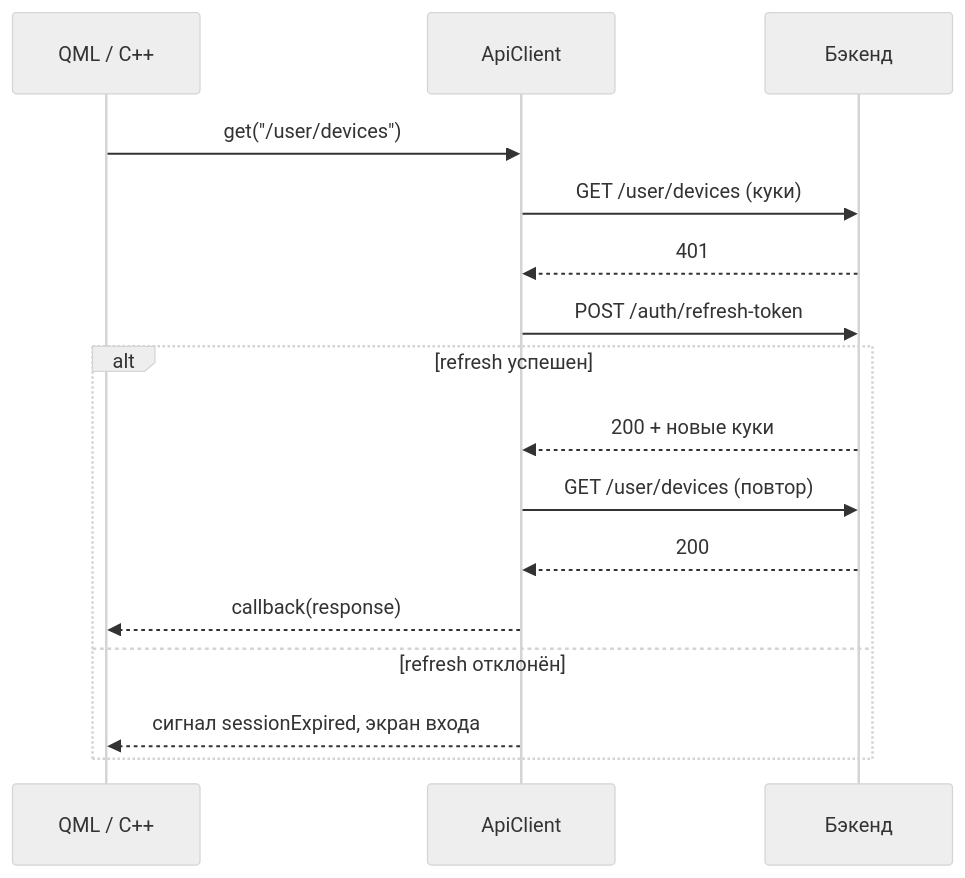
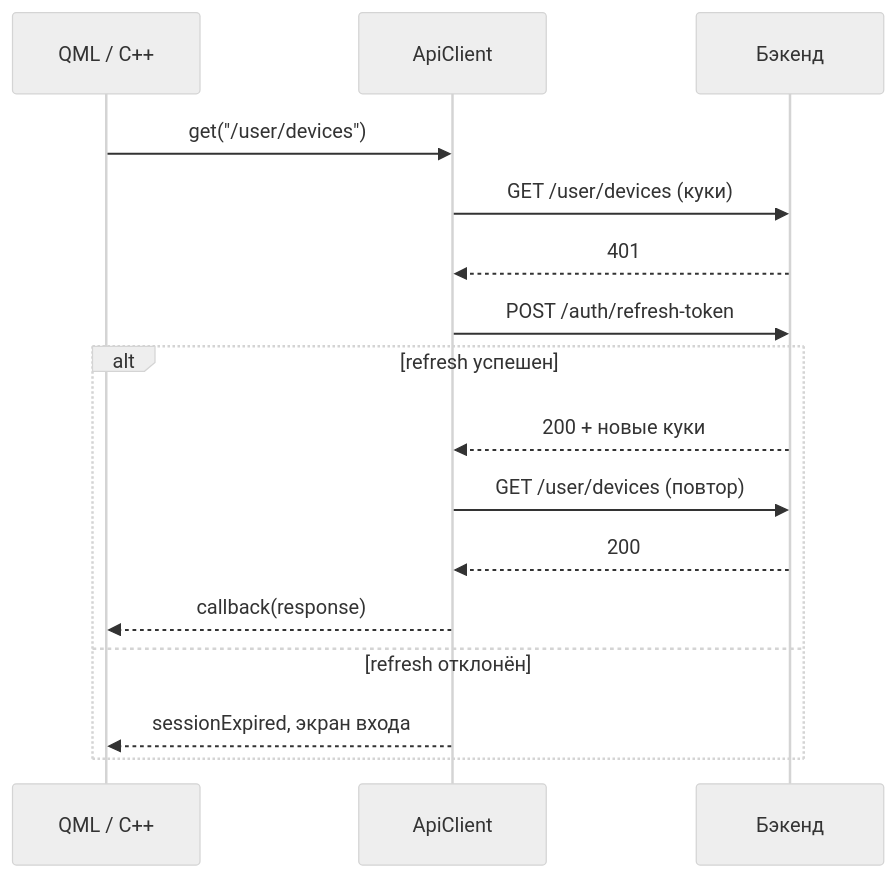
The fifth of 5 diagrams in README.md (RanVix/RemoteBridgePublic), drawn with Mermaid (neutral theme) before and after one commit. The commit also changed other lines of this file and 1 other file, not shown here.

````diff
--- a/README.md
+++ b/README.md
@@ -190,19 +360,19 @@
 ```mermaid
 sequenceDiagram
     participant UI as QML / C++
     participant API as ApiClient
     participant BE as Бэкенд
 
     UI->>API: get("/user/devices")
     API->>BE: GET /user/devices (куки)
     BE-->>API: 401
     API->>BE: POST /auth/refresh-token
     alt refresh успешен
         BE-->>API: 200 + новые куки
         API->>BE: GET /user/devices (повтор)
         BE-->>API: 200
         API-->>UI: callback(response)
     else refresh отклонён
-        API-->>UI: сигнал sessionExpired, экран входа
+        API-->>UI: sessionExpired, экран входа
     end
 ```
````
